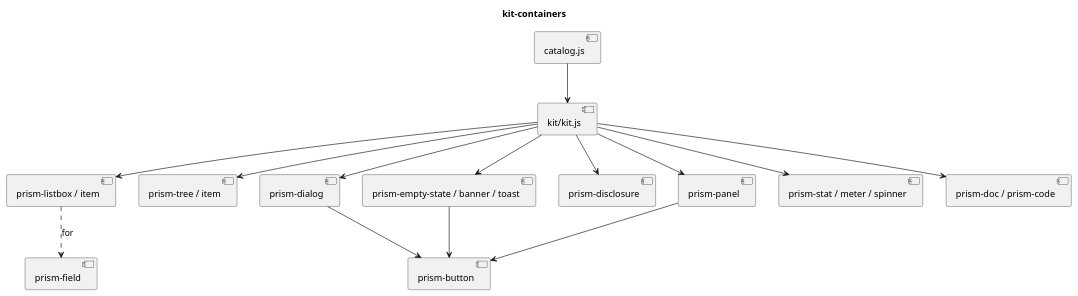
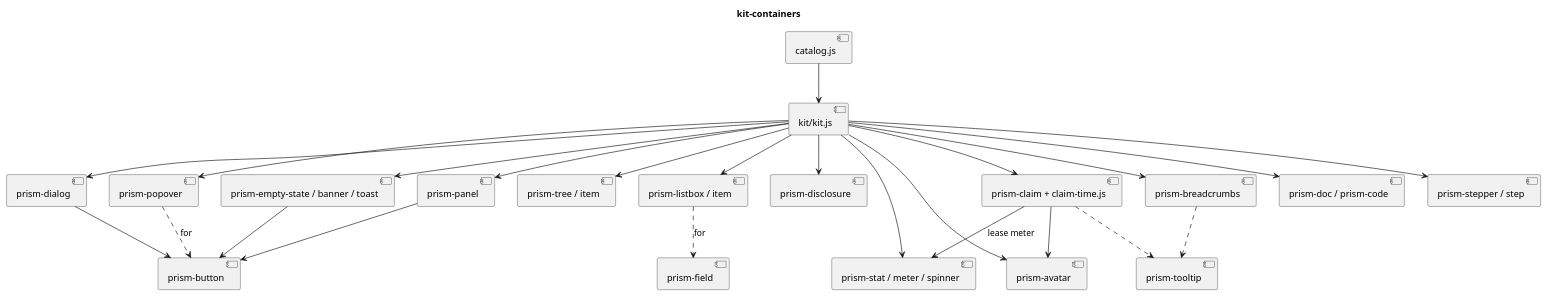
The diagram in docs/plans/review-app-ui-kit/kit-containers/code.puml (RumyantsevMichael/Prism), drawn with PlantUML before and after one commit. The commit also changed 46 other files, not shown here.

```diff
--- a/docs/plans/review-app-ui-kit/kit-containers/code.puml
+++ b/docs/plans/review-app-ui-kit/kit-containers/code.puml
@@ -1,28 +1,44 @@
 @startuml
 title kit-containers
 component "kit/kit.js" as kit
 component "prism-panel" as panel
 component "prism-tree / item" as tree
 component "prism-listbox / item" as listbox
 component "prism-dialog" as dialog
+component "prism-popover" as popover
 component "prism-disclosure" as disclosure
 component "prism-empty-state / banner / toast" as states
 component "prism-stat / meter / spinner" as stats
 component "prism-doc / prism-code" as content
+component "prism-avatar" as avatar
+component "prism-claim + claim-time.js" as claim
+component "prism-stepper / step" as stepper
+component "prism-breadcrumbs" as crumbs
 component "catalog.js" as catalog
 component "prism-button" as button
 component "prism-field" as field
+component "prism-tooltip" as tip
 kit --> panel
 kit --> tree
 kit --> listbox
 kit --> dialog
+kit --> popover
 kit --> disclosure
 kit --> states
 kit --> stats
 kit --> content
+kit --> avatar
+kit --> claim
+kit --> stepper
+kit --> crumbs
 panel --> button
 dialog --> button
+popover ..> button : for
 states --> button
 listbox ..> field : for
+claim --> avatar
+claim --> stats : lease meter
+claim ..> tip
+crumbs ..> tip
 catalog --> kit
 @enduml
```
